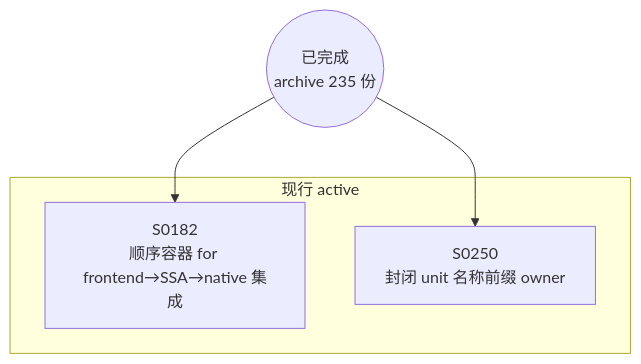
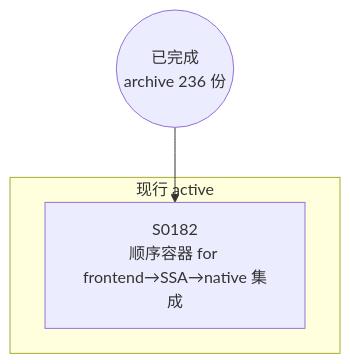
The diagram in docs/specs/dependency-graph.md (Halckon/Koven), drawn with Mermaid before and after one commit. The commit also changed other lines of this file and 10 other files, not shown here.

````diff
--- a/docs/specs/dependency-graph.md
+++ b/docs/specs/dependency-graph.md
@@ -9,10 +9,8 @@
 ```mermaid
 flowchart TD
-ARCH(("已完成<br/>archive 235 份"))
+ARCH(("已完成<br/>archive 236 份"))
 subgraph Gactive["现行 active"]
   S0182["S0182<br/>顺序容器 for frontend→SSA→native 集成"]
-  S0250["S0250<br/>封闭 unit 名称前缀 owner"]
 end
 ARCH --> S0182
-ARCH --> S0250
 ```
````
